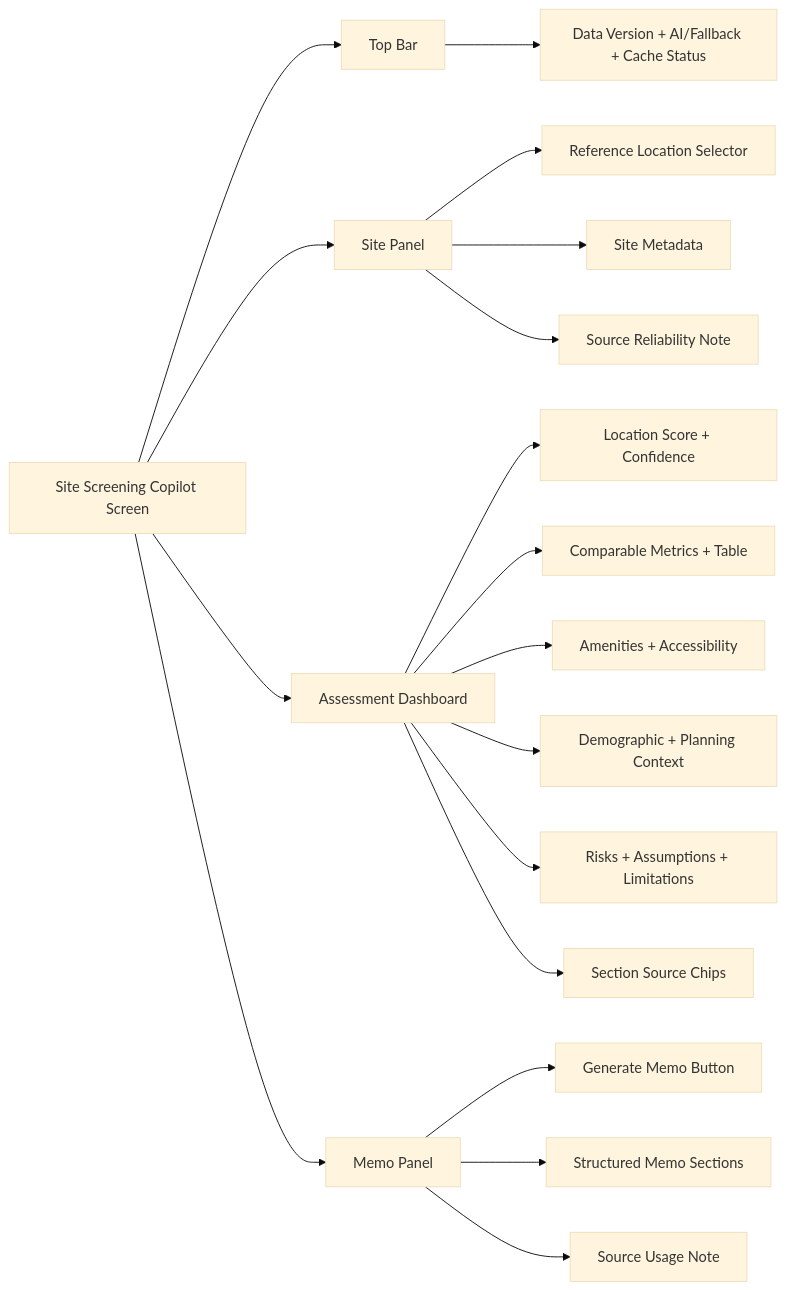
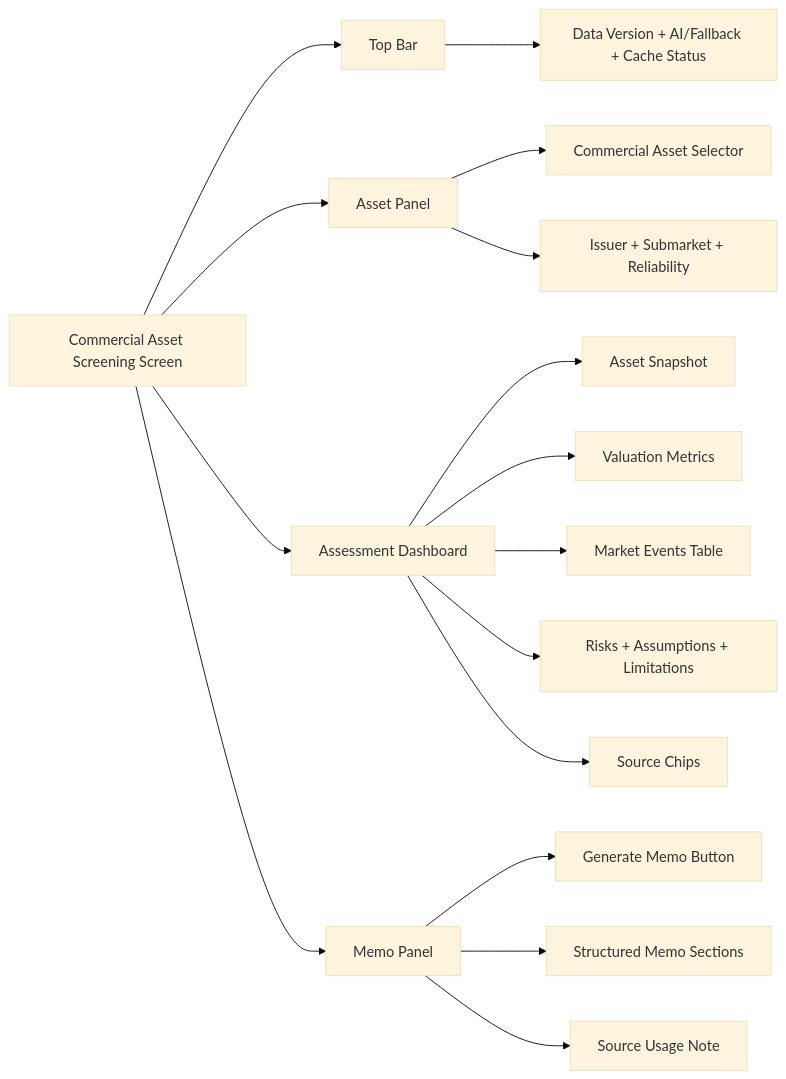
Before and after one commit to wkcjay/commercial-asset-screening: the sixth of 6 diagrams in docs/design-review.md, drawn with Mermaid (base theme). The commit also changed other lines of this file and 3 other files, not shown here.

Commit message:
Align docs with commercial asset workflow

````diff
--- a/docs/design-review.md
+++ b/docs/design-review.md
@@ -177,25 +177,23 @@
 ```mermaid
 flowchart LR
-  app[Site Screening Copilot Screen]
+  app[Commercial Asset Screening Screen]
 
   app --> top[Top Bar]
-  top --> mode[Data Version + AI/Fallback + Cache Status]
+  top --> status[Data Version + AI/Fallback + Cache Status]
 
-  app --> left[Site Panel]
-  left --> selector[Reference Location Selector]
-  left --> metadata[Site Metadata]
-  left --> reliability[Source Reliability Note]
+  app --> left[Asset Panel]
+  left --> selector[Commercial Asset Selector]
+  left --> issuer[Issuer + Submarket + Reliability]
 
   app --> main[Assessment Dashboard]
-  main --> score[Location Score + Confidence]
-  main --> comps[Comparable Metrics + Table]
-  main --> amenities[Amenities + Accessibility]
-  main --> context[Demographic + Planning Context]
+  main --> snapshot[Asset Snapshot]
+  main --> valuation[Valuation Metrics]
+  main --> events[Market Events Table]
   main --> risks[Risks + Assumptions + Limitations]
-  main --> sources[Section Source Chips]
+  main --> sources[Source Chips]
 
   app --> memo[Memo Panel]
   memo --> generate[Generate Memo Button]
   memo --> draft[Structured Memo Sections]
   memo --> usage[Source Usage Note]
 ```
````
